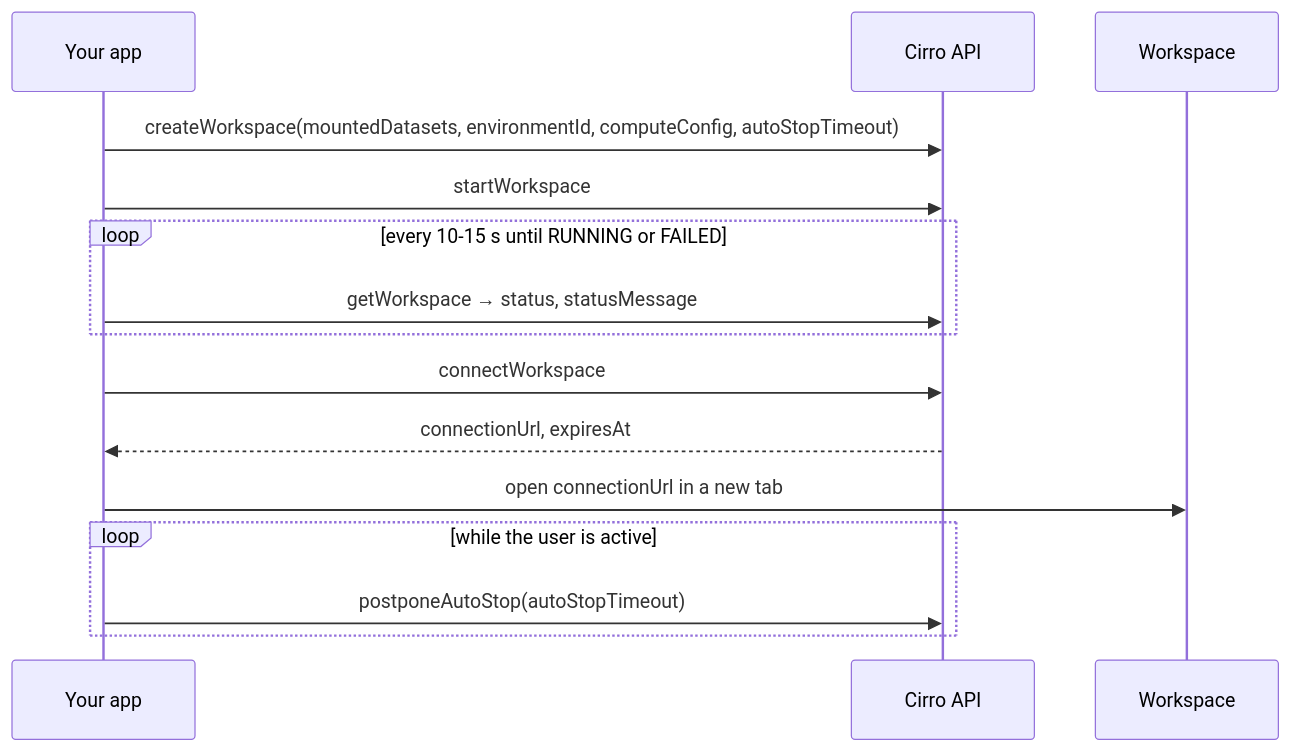
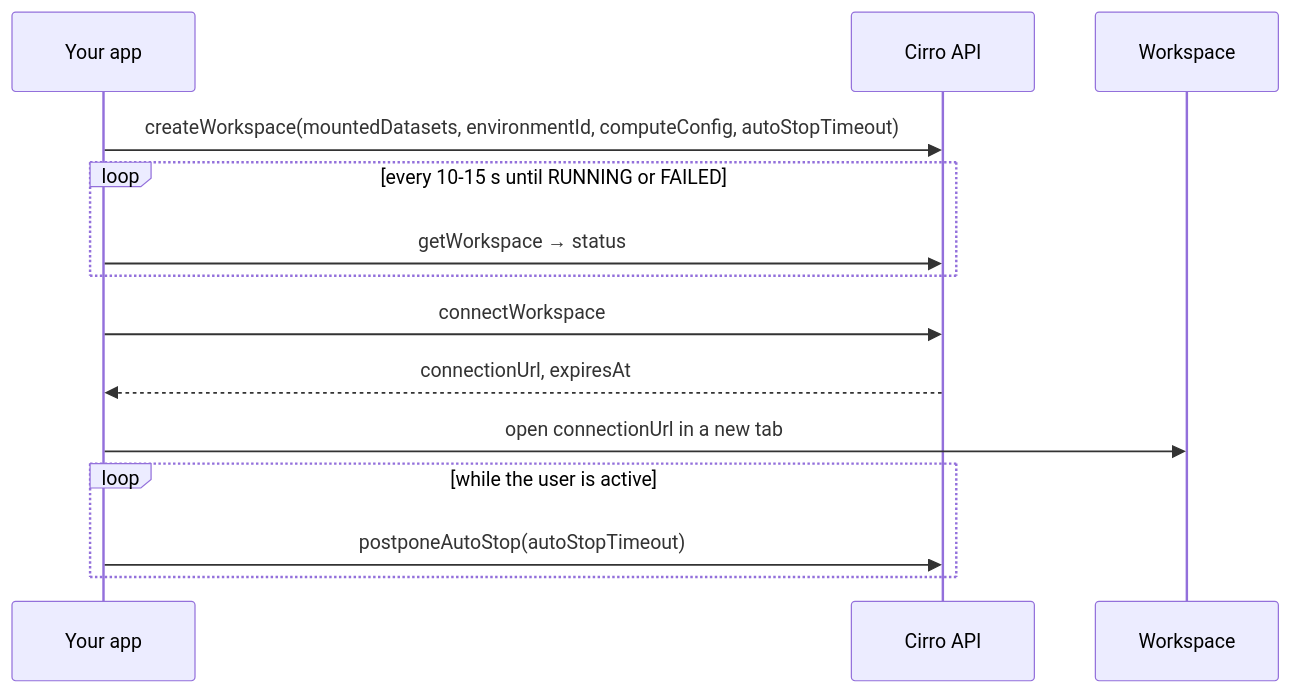
Before and after one commit to CirroBio/Cirro-app-kit: the diagram in docs/workspaces.md, drawn with Mermaid. The commit also changed other lines of this file and 1 other file, not shown here.

First line of the commit message:
Correct the workspace lifecycle from live testing

````diff
--- a/docs/workspaces.md
+++ b/docs/workspaces.md
@@ -9,17 +9,16 @@
 ```mermaid
 sequenceDiagram
   participant App as Your app
   participant API as Cirro API
   participant WS as Workspace
   App->>API: createWorkspace(mountedDatasets, environmentId, computeConfig, autoStopTimeout)
-  App->>API: startWorkspace
   loop every 10-15 s until RUNNING or FAILED
-    App->>API: getWorkspace → status, statusMessage
+    App->>API: getWorkspace → status
   end
   App->>API: connectWorkspace
   API-->>App: connectionUrl, expiresAt
   App->>WS: open connectionUrl in a new tab
   loop while the user is active
     App->>API: postponeAutoStop(autoStopTimeout)
   end
 ```
````
